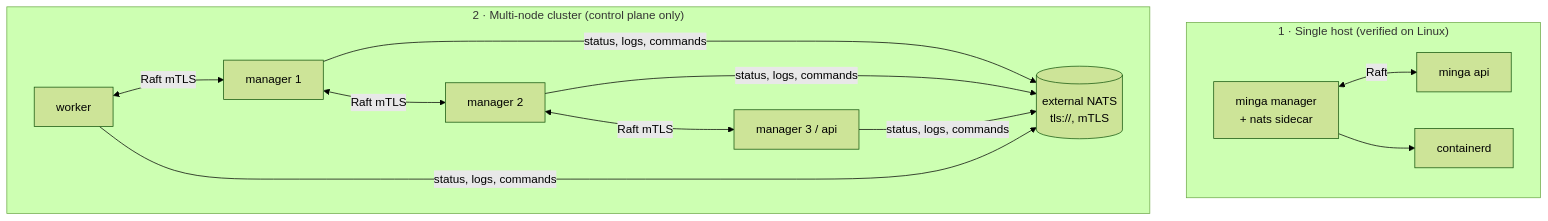
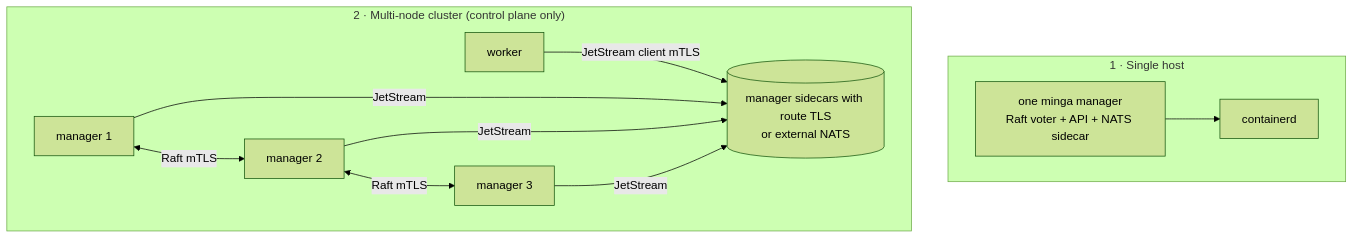
Before and after one commit to lithqube/minga: the fourth of 4 diagrams in README.md, drawn with Mermaid (forest theme). The commit also changed other lines of this file and 6 other files, not shown here.

Commit message:
Phase 12-06: fold API into manager

````diff
--- a/README.md
+++ b/README.md
@@ -242,16 +235,15 @@
 ```mermaid
 flowchart TB
-  subgraph single["1 · Single host (verified on Linux)"]
-    m1["minga manager<br/>+ nats sidecar"] <-->|Raft| a1["minga api"]
-    m1 --> ct1[containerd]
+  subgraph single["1 · Single host"]
+    m1["one minga manager<br/>Raft voter + API + NATS sidecar"] --> ct1[containerd]
   end
 
   subgraph multi["2 · Multi-node cluster (control plane only)"]
     direction LR
-    natsx[("external NATS<br/>tls://, mTLS")]
+    natsx[("manager sidecars with route TLS<br/>or external NATS")]
     mA["manager 1"] <-->|Raft mTLS| mB["manager 2"]
-    mB <-->|Raft mTLS| mC["manager 3 / api"]
-    w1["worker"] <-->|Raft mTLS| mA
-    mA & mB & mC & w1 -->|status, logs, commands| natsx
+    mB <-->|Raft mTLS| mC["manager 3"]
+    w1["worker"] -->|JetStream client mTLS| natsx
+    mA & mB & mC -->|JetStream| natsx
   end
 ```
````
